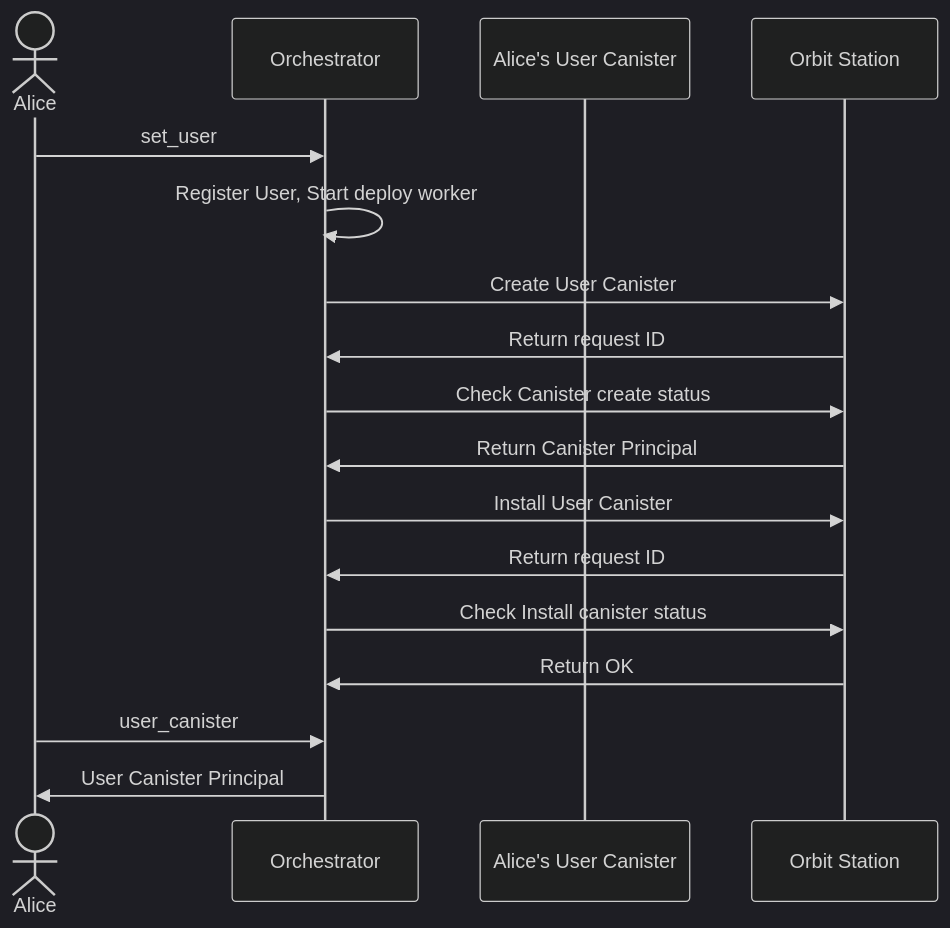
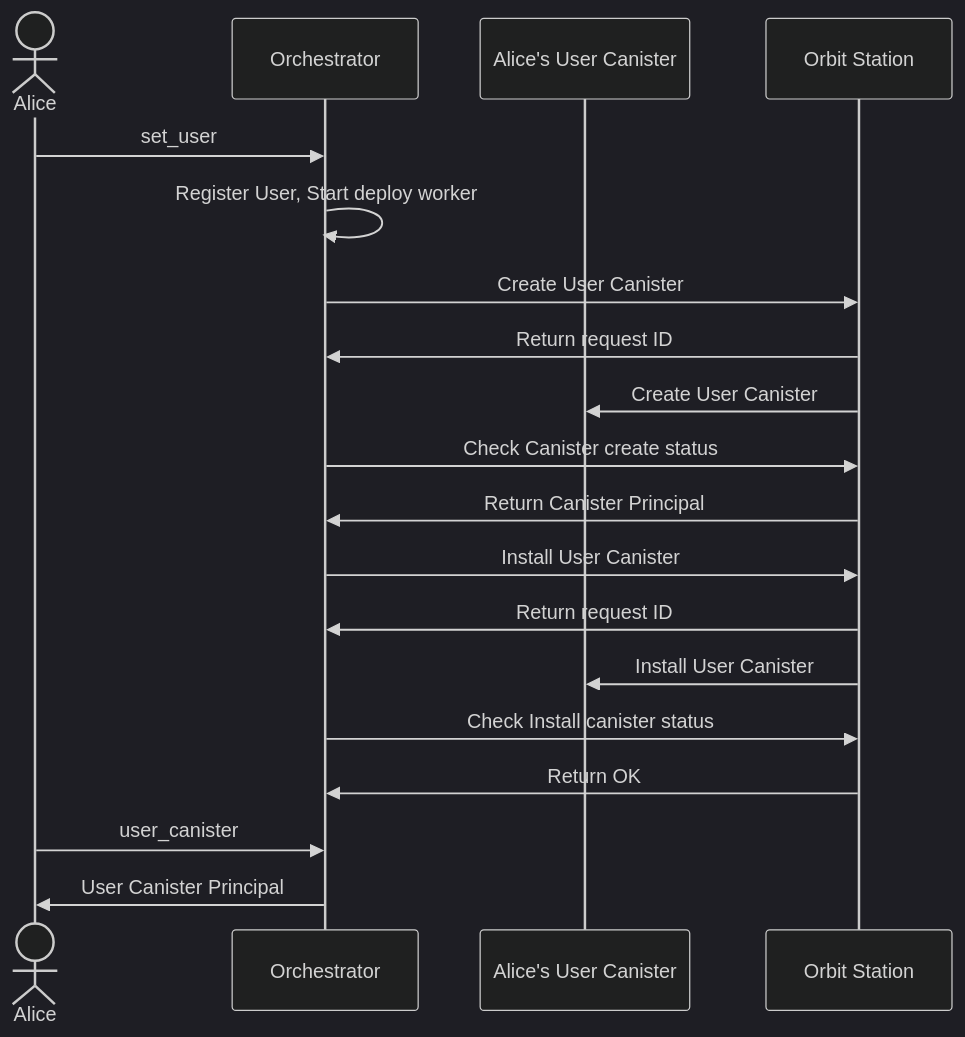
Before and after one commit to icp-hub-it/ic-docutrack: the first of 6 diagrams in docs/flows.md, drawn with Mermaid (dark theme).

Commit message:
docs: missing steps for creating canister

````diff
--- a/docs/flows.md
+++ b/docs/flows.md
@@ -5,20 +5,22 @@
 ```mermaid
 sequenceDiagram
     actor U as Alice
     participant O as Orchestrator
     participant UC as Alice's User Canister
     participant OS as Orbit Station
     U->>O: set_user
     O->>O: Register User, Start deploy worker
     O->>OS: Create User Canister
     OS->>O: Return request ID
+    OS->>UC: Create User Canister
     O->>OS: Check Canister create status
     OS->>O: Return Canister Principal
     O->>OS: Install User Canister
     OS->>O: Return request ID
+    OS->>UC: Install User Canister
     O->>OS: Check Install canister status
     OS->>O: Return OK
     U->>O: user_canister
     O->>U: User Canister Principal
 
 ```
````
